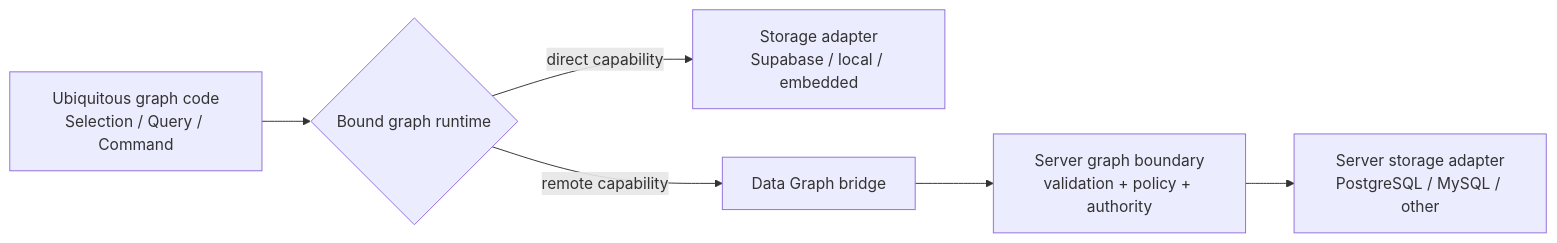
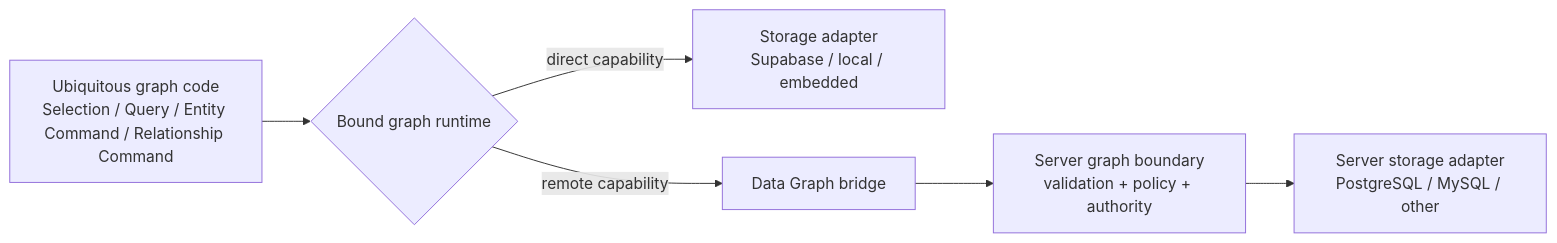
The diagram in plans/current/128-ontahi-data-graph-execution-bridge.md (javifernandes/ontahi), drawn with Mermaid before and after one commit. The commit also changed other lines of this file and 8 other files, not shown here.

````diff
--- a/plans/current/128-ontahi-data-graph-execution-bridge.md
+++ b/plans/current/128-ontahi-data-graph-execution-bridge.md
@@ -55,8 +55,8 @@
 ```mermaid
 flowchart LR
-  Code["Ubiquitous graph code\nSelection / Query / Command"] --> Runtime{"Bound graph runtime"}
+  Code["Ubiquitous graph code\nSelection / Query / Entity Command / Relationship Command"] --> Runtime{"Bound graph runtime"}
   Runtime -->|direct capability| Direct["Storage adapter\nSupabase / local / embedded"]
   Runtime -->|remote capability| Bridge["Data Graph bridge"]
   Bridge --> Boundary["Server graph boundary\nvalidation + policy + authority"]
   Boundary --> ServerAdapter["Server storage adapter\nPostgreSQL / MySQL / other"]
 ```
````
